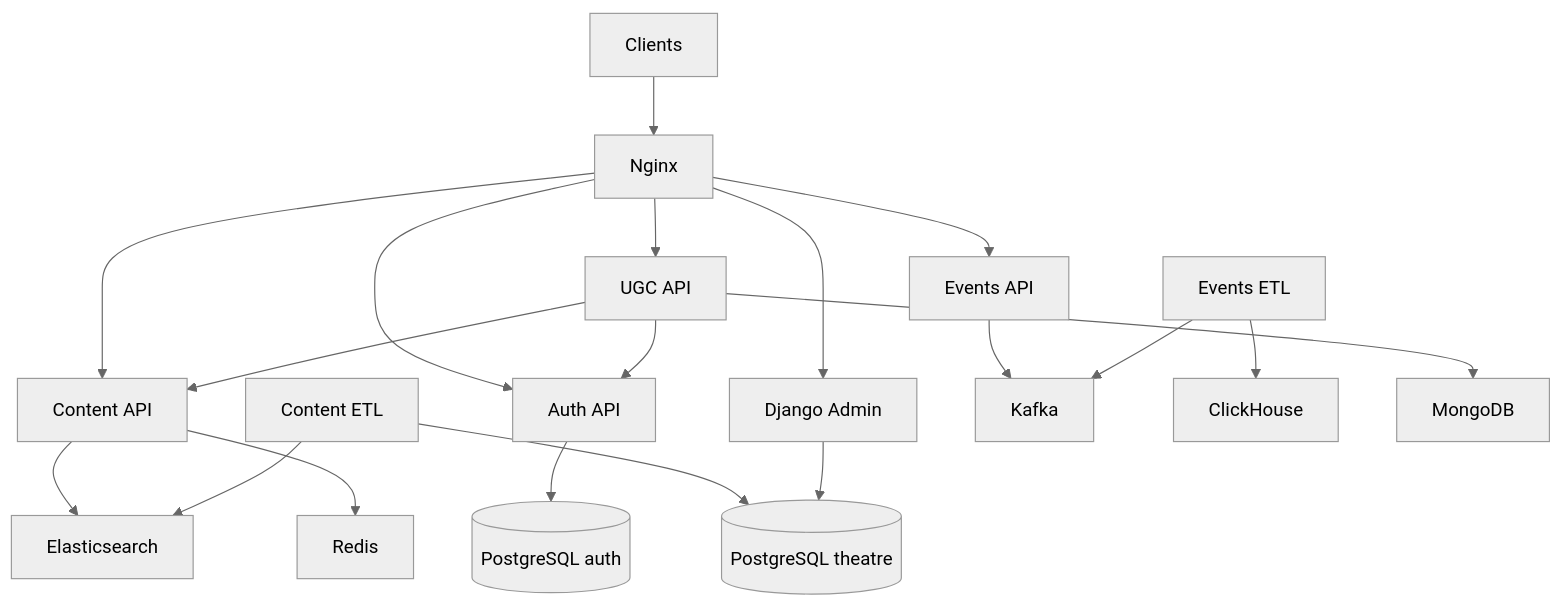
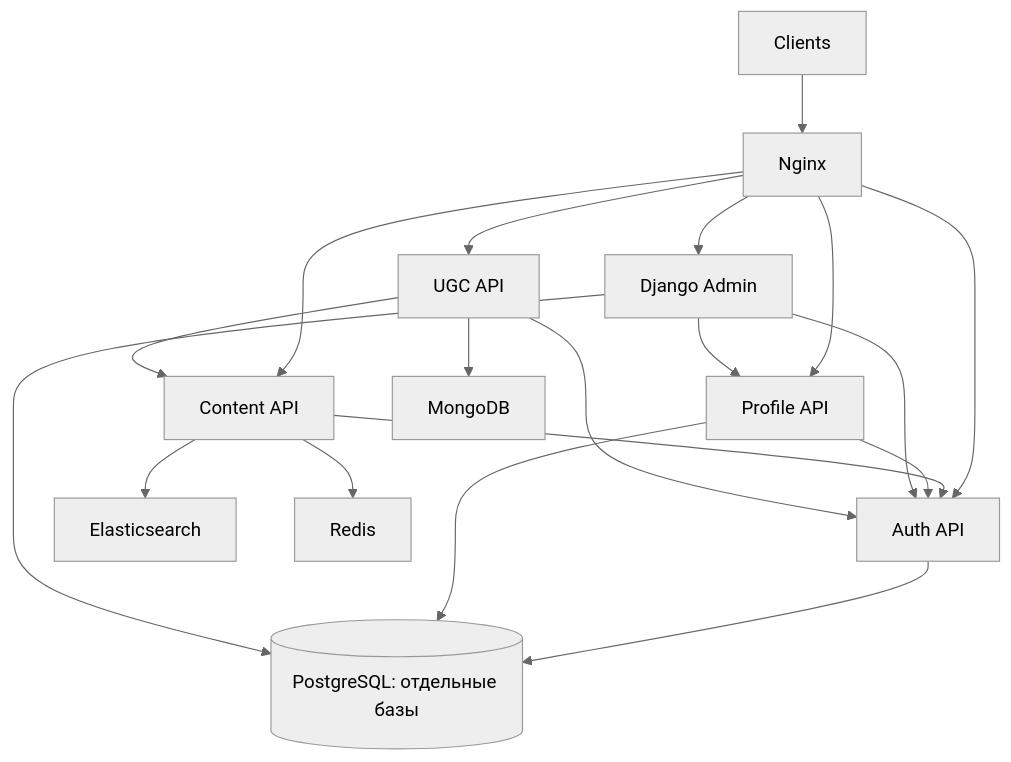
Before and after one commit to la3van/movies_async_api: the diagram in README.md, drawn with Mermaid (neutral theme). The commit also changed other lines of this file and 108 other files, not shown here.

````diff
--- a/README.md
+++ b/README.md
@@ -24,25 +38,22 @@
 ```mermaid
 flowchart TB
     client[Clients] --> nginx[Nginx]
     nginx --> content[Content API]
     nginx --> auth[Auth API]
+    nginx --> profile[Profile API]
     nginx --> admin[Django Admin]
-    nginx --> events[Events API]
     nginx --> ugc[UGC API]
 
     content --> es[Elasticsearch]
     content --> redis[Redis]
-    content_etl[Content ETL] --> es
-    content_etl --> theatre[(PostgreSQL theatre)]
-
-    auth --> auth_db[(PostgreSQL auth)]
-    admin --> theatre
-
-    events --> kafka[Kafka]
-    events_etl[Events ETL] --> kafka
-    events_etl --> clickhouse[ClickHouse]
-
+    content --> auth
+    auth --> postgres[("PostgreSQL: отдельные базы")]
+    profile --> postgres
+    profile --> auth
+    admin --> postgres
+    admin --> auth
+    admin --> profile
     ugc --> mongo[MongoDB]
     ugc --> auth
     ugc --> content
 ```
````
